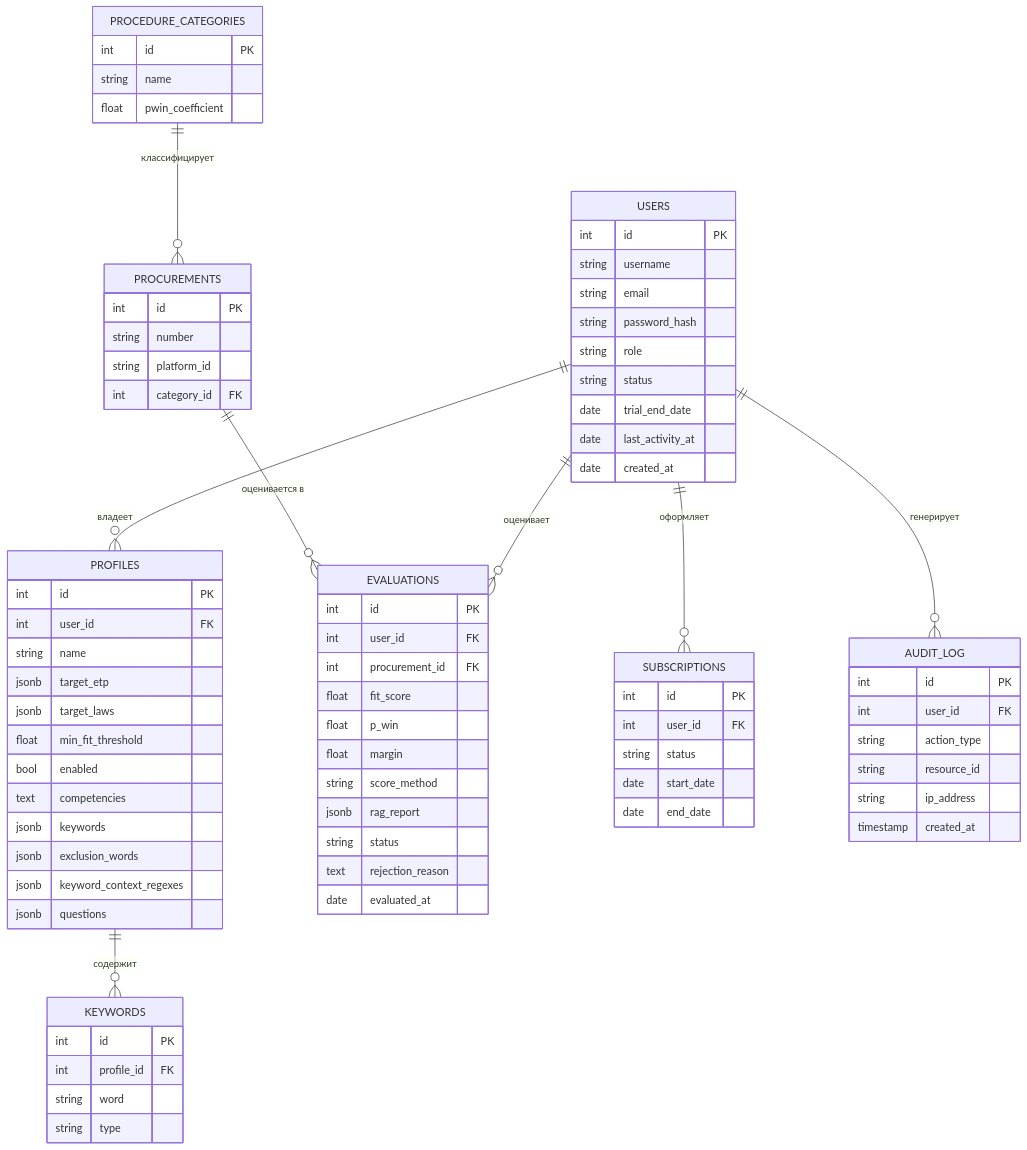
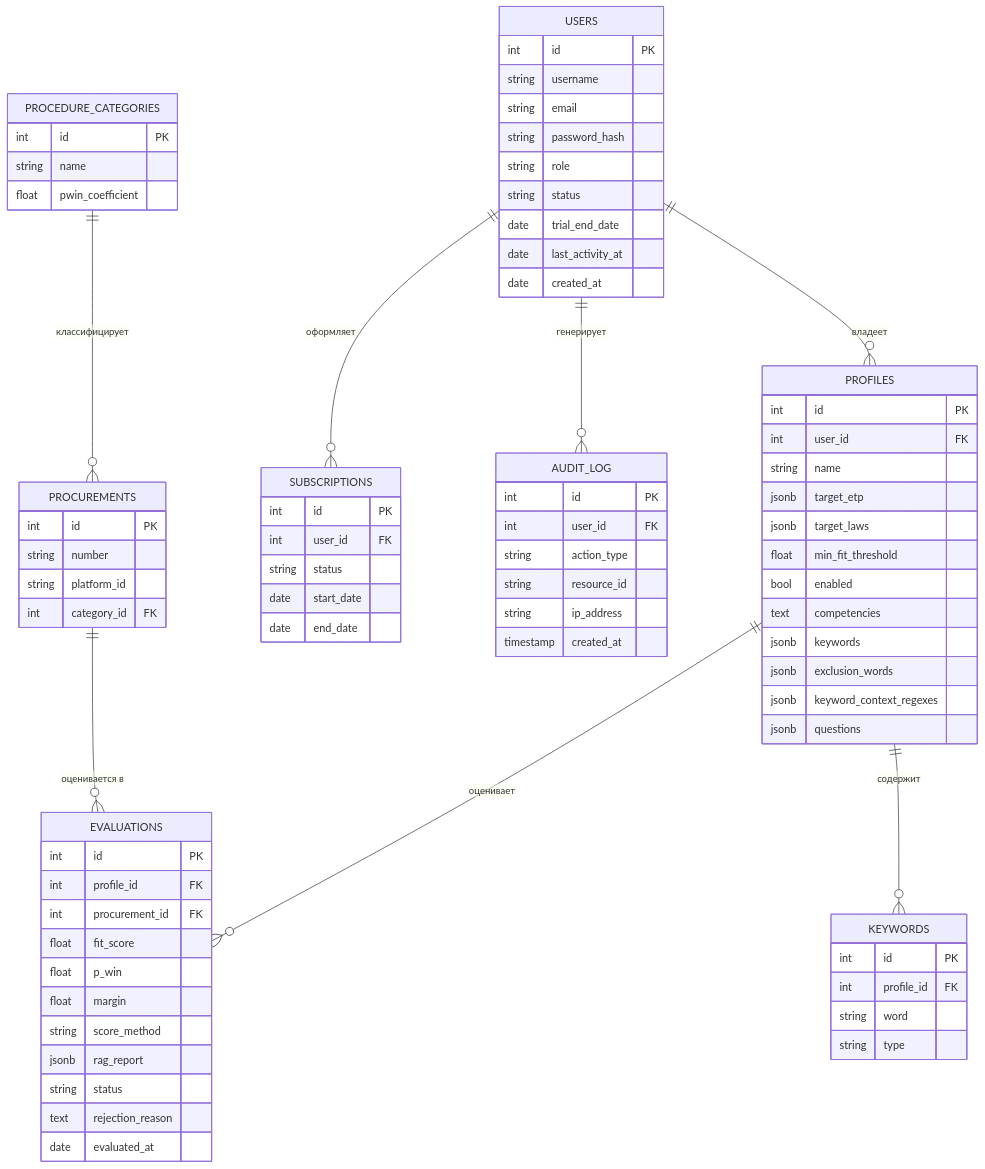
The diagram in specification.md (igorvolk1961/zakupki_parser), drawn with Mermaid before and after one commit. The commit also changed other lines of this file and 24 other files, not shown here.

Commit message:
оценки per-profile (procurement_evaluations.profile_id, миграция 1.32), удаление keyword_context_regexes (миграция 1.31), профиль/competencies в seed-profile, README

````diff
--- a/specification.md
+++ b/specification.md
@@ -552,81 +552,81 @@
 ```mermaid
 erDiagram
     USERS ||--o{ PROFILES : "владеет"
-    USERS ||--o{ EVALUATIONS : "оценивает"
+    PROFILES ||--o{ EVALUATIONS : "оценивает"
     USERS ||--o{ SUBSCRIPTIONS : "оформляет"
     USERS ||--o{ AUDIT_LOG : "генерирует"
     PROFILES ||--o{ KEYWORDS : "содержит"
     PROCUREMENTS ||--o{ EVALUATIONS : "оценивается в"
     PROCEDURE_CATEGORIES ||--o{ PROCUREMENTS : "классифицирует"
 
     USERS {
         int id PK
         string username
         string email
         string password_hash
         string role
         string status
         date trial_end_date
         date last_activity_at
         date created_at
     }
     PROFILES {
         int id PK
         int user_id FK
         string name
         jsonb target_etp
         jsonb target_laws
         float min_fit_threshold
         bool enabled
         text competencies
         jsonb keywords
         jsonb exclusion_words
         jsonb keyword_context_regexes
         jsonb questions
     }
     KEYWORDS {
         int id PK
         int profile_id FK
         string word
         string type
     }
     PROCUREMENTS {
         int id PK
         string number
         string platform_id
         int category_id FK
     }
     EVALUATIONS {
         int id PK
-        int user_id FK
+        int profile_id FK
         int procurement_id FK
         float fit_score
         float p_win
         float margin
         string score_method
         jsonb rag_report
         string status
         text rejection_reason
         date evaluated_at
     }
     SUBSCRIPTIONS {
         int id PK
         int user_id FK
         string status
         date start_date
         date end_date
     }
     AUDIT_LOG {
         int id PK
         int user_id FK
         string action_type
         string resource_id
         string ip_address
         timestamp created_at
     }
     PROCEDURE_CATEGORIES {
         int id PK
         string name
         float pwin_coefficient
     }
 ```
````
